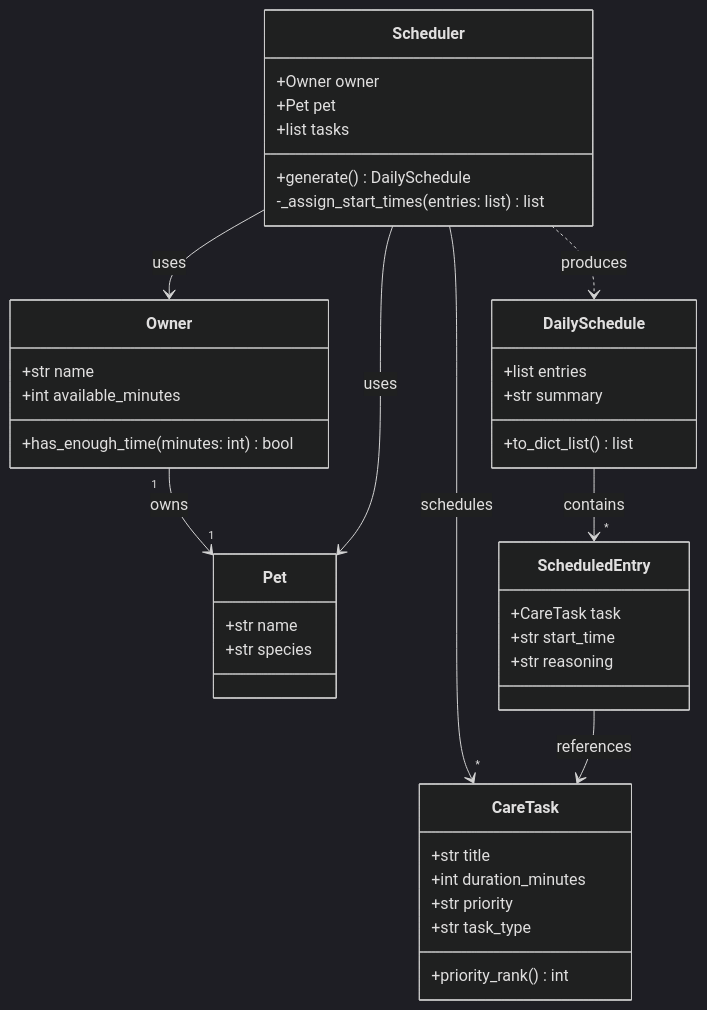
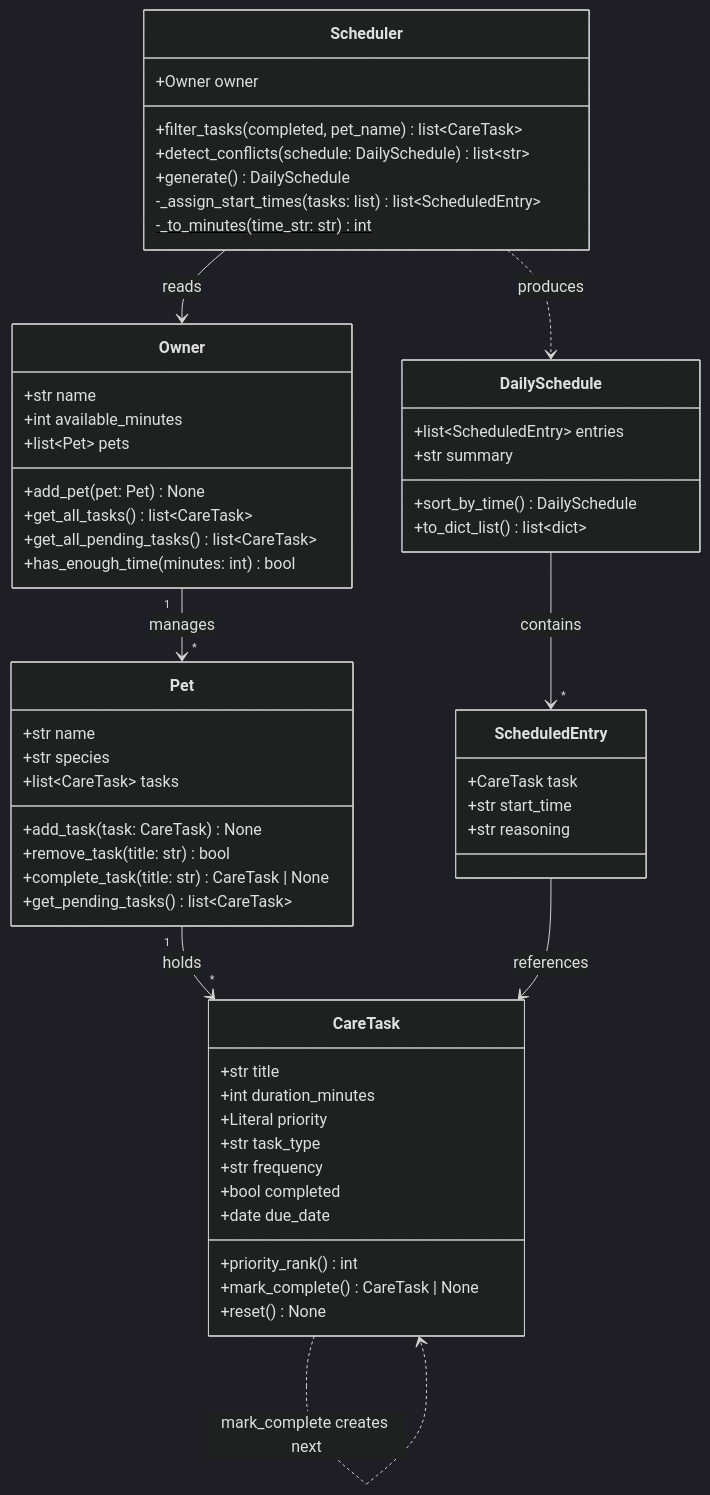
Before and after one commit to egokul71435/ai110-module2show-pawpal-starter: the diagram in reflection.md, drawn with Mermaid (dark theme). The commit also changed other lines of this file and 4 other files, not shown here.

Commit message:
Complete PawPal+ UI integration, final UML, and project reflection

````diff
--- a/reflection.md
+++ b/reflection.md
@@ -45,49 +45,65 @@
 ```mermaid
 classDiagram
-    class Owner {
-        +str name
-        +int available_minutes
-        +has_enough_time(minutes: int) bool
+    class CareTask {
+        +str title
+        +int duration_minutes
+        +Literal priority
+        +str task_type
+        +str frequency
+        +bool completed
+        +date due_date
+        +priority_rank() int
+        +mark_complete() CareTask | None
+        +reset() None
     }
 
     class Pet {
         +str name
         +str species
+        +list~CareTask~ tasks
+        +add_task(task: CareTask) None
+        +remove_task(title: str) bool
+        +complete_task(title: str) CareTask | None
+        +get_pending_tasks() list~CareTask~
     }
 
-    class CareTask {
-        +str title
-        +int duration_minutes
-        +str priority
-        +str task_type
-        +priority_rank() int
+    class Owner {
+        +str name
+        +int available_minutes
+        +list~Pet~ pets
+        +add_pet(pet: Pet) None
+        +get_all_tasks() list~CareTask~
+        +get_all_pending_tasks() list~CareTask~
+        +has_enough_time(minutes: int) bool
     }
 
     class ScheduledEntry {
         +CareTask task
         +str start_time
         +str reasoning
     }
 
+    class DailySchedule {
+        +list~ScheduledEntry~ entries
+        +str summary
+        +sort_by_time() DailySchedule
+        +to_dict_list() list~dict~
+    }
+
     class Scheduler {
         +Owner owner
-        +Pet pet
-        +list tasks
+        +filter_tasks(completed, pet_name) list~CareTask~
+        +detect_conflicts(schedule: DailySchedule) list~str~
         +generate() DailySchedule
-        -_assign_start_times(entries: list) list
+        -_assign_start_times(tasks: list) list~ScheduledEntry~
+        -_to_minutes(time_str: str)$ int
     }
 
-    class DailySchedule {
-        +list entries
-        +str summary
-        +to_dict_list() list
-    }
-
-    Owner "1" --> "1" Pet : owns
-    Scheduler --> Owner : uses
-    Scheduler --> Pet : uses
-    Scheduler --> "*" CareTask : schedules
+    Owner "1" --> "*" Pet : manages
+    Pet "1" --> "*" CareTask : holds
+    Scheduler --> Owner : reads
     Scheduler ..> DailySchedule : produces
     DailySchedule --> "*" ScheduledEntry : contains
     ScheduledEntry --> CareTask : references
+    CareTask ..> CareTask : mark_complete creates next
 ```
````
